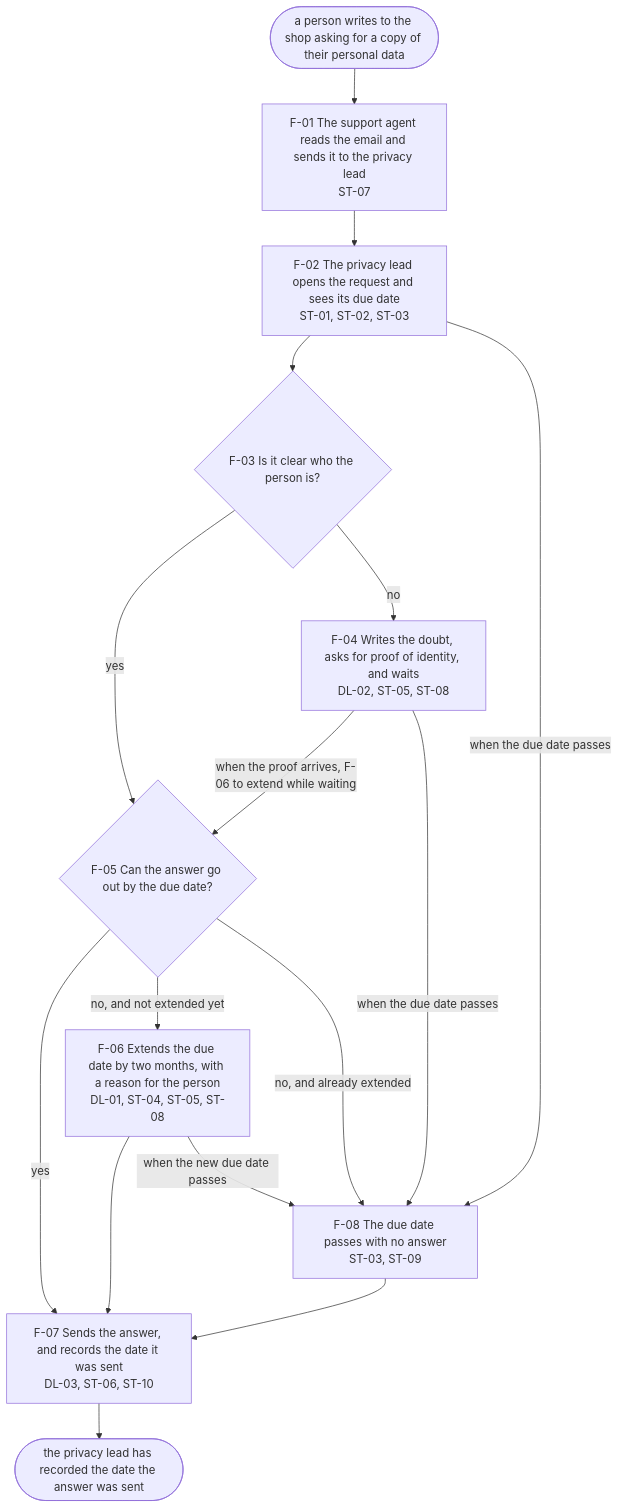
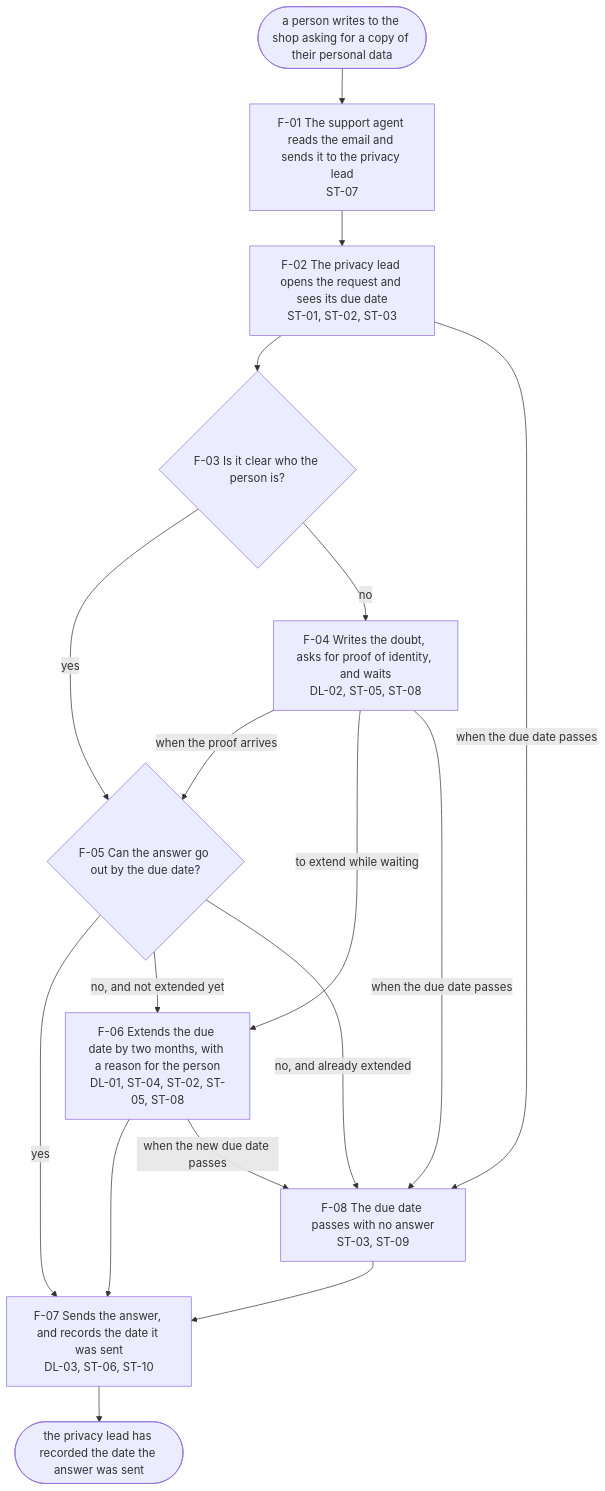
Before and after one commit to nayyymarques-eng/agentic-product-spec: the diagram in handoff/request.md, drawn with Mermaid. The commit also changed other lines of this file and 3 other files, not shown here.

````diff
--- a/handoff/request.md
+++ b/handoff/request.md
@@ -18,27 +18,28 @@
 ```mermaid
 flowchart TD
   T(["a person writes to the shop asking for a copy of their personal data"])
   T --> F01
   F01["F-01 The support agent reads the email and sends it to the privacy lead<br/>ST-07"]
   F02["F-02 The privacy lead opens the request and sees its due date<br/>ST-01, ST-02, ST-03"]
   F03{"F-03 Is it clear who the person is?"}
   F04["F-04 Writes the doubt, asks for proof of identity, and waits<br/>DL-02, ST-05, ST-08"]
   F05{"F-05 Can the answer go out by the due date?"}
-  F06["F-06 Extends the due date by two months, with a reason for the person<br/>DL-01, ST-04, ST-05, ST-08"]
+  F06["F-06 Extends the due date by two months, with a reason for the person<br/>DL-01, ST-04, ST-02, ST-05, ST-08"]
   F07["F-07 Sends the answer, and records the date it was sent<br/>DL-03, ST-06, ST-10"]
   F08["F-08 The due date passes with no answer<br/>ST-03, ST-09"]
   F01 --> F02
   F02 --> F03
   F02 -- "when the due date passes" --> F08
   F03 -- "yes" --> F05
   F03 -- "no" --> F04
-  F04 -- "when the proof arrives, F-06 to extend while waiting" --> F05
+  F04 -- "when the proof arrives" --> F05
+  F04 -- "to extend while waiting" --> F06
   F04 -- "when the due date passes" --> F08
   F05 -- "yes" --> F07
   F05 -- "no, and not extended yet" --> F06
   F05 -- "no, and already extended" --> F08
   F06 --> F07
   F06 -- "when the new due date passes" --> F08
   F07 --> E(["the privacy lead has recorded the date the answer was sent"])
   F08 --> F07
 ```
````
